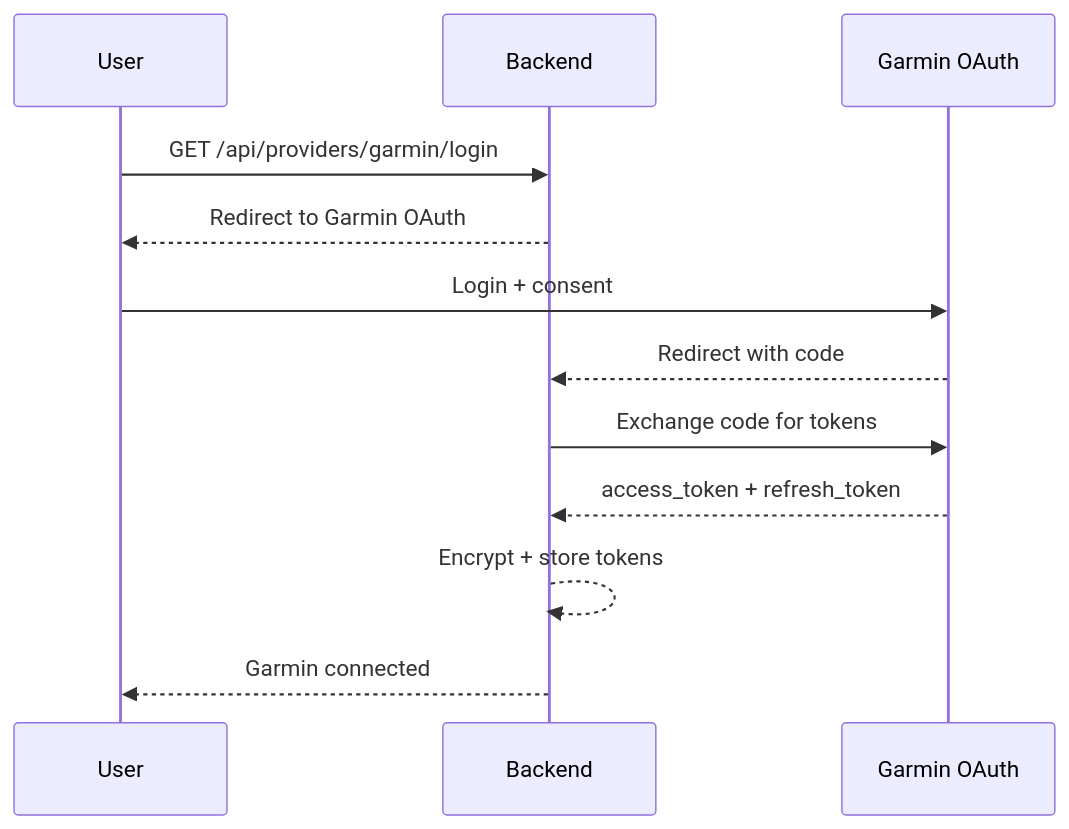
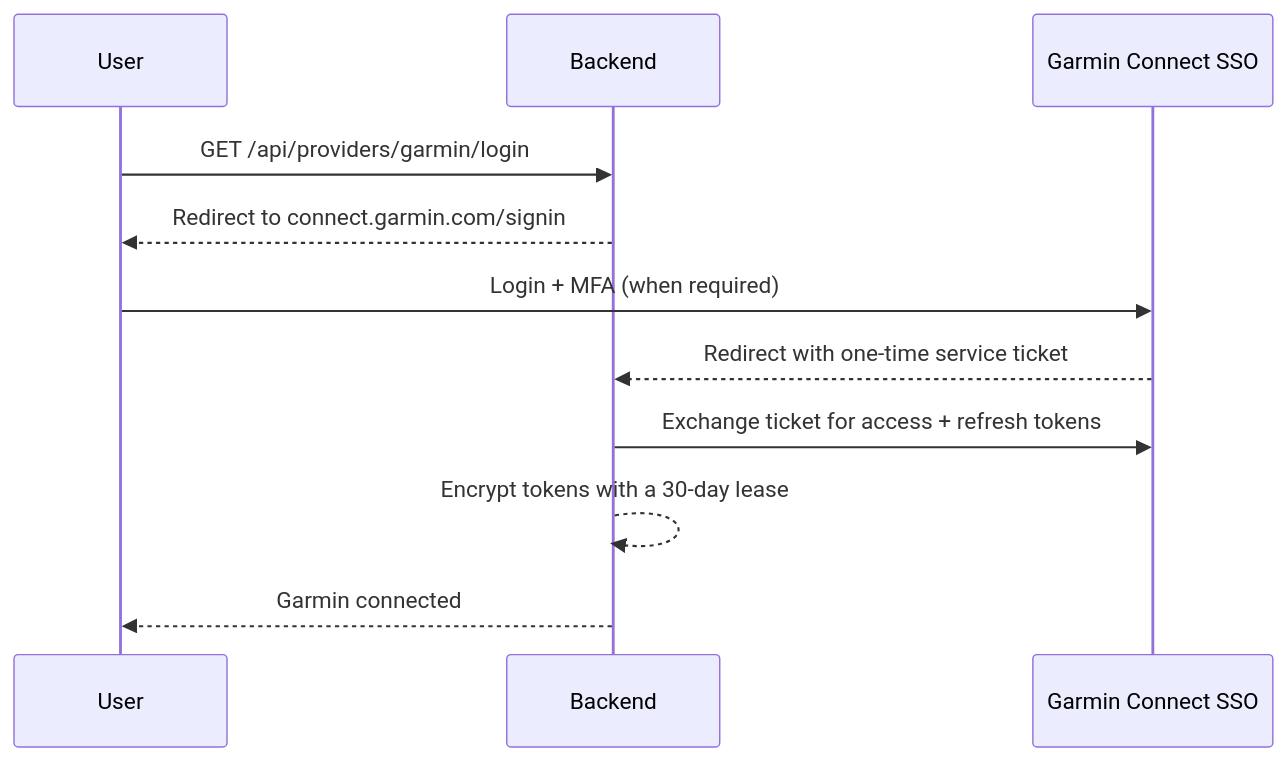
The first of 2 diagrams in README.md (dave0875/fitness-pals.com), drawn with Mermaid before and after one commit. The commit also changed other lines of this file and 27 other files, not shown here.

Commit message:
fix: replace PulsAI with Garmin Connect SSO

````diff
--- a/README.md
+++ b/README.md
@@ -218,14 +218,13 @@
 ```mermaid
 sequenceDiagram
   participant U as User
   participant BE as Backend
-  participant G as Garmin OAuth
+  participant G as Garmin Connect SSO
   U->>BE: GET /api/providers/garmin/login
-  BE-->>U: Redirect to Garmin OAuth
-  U->>G: Login + consent
-  G-->>BE: Redirect with code
-  BE->>G: Exchange code for tokens
-  G-->>BE: access_token + refresh_token
-  BE-->>BE: Encrypt + store tokens
+  BE-->>U: Redirect to connect.garmin.com/signin
+  U->>G: Login + MFA (when required)
+  G-->>BE: Redirect with one-time service ticket
+  BE->>G: Exchange ticket for access + refresh tokens
+  BE-->>BE: Encrypt tokens with a 30-day lease
   BE-->>U: Garmin connected
 ```
````
